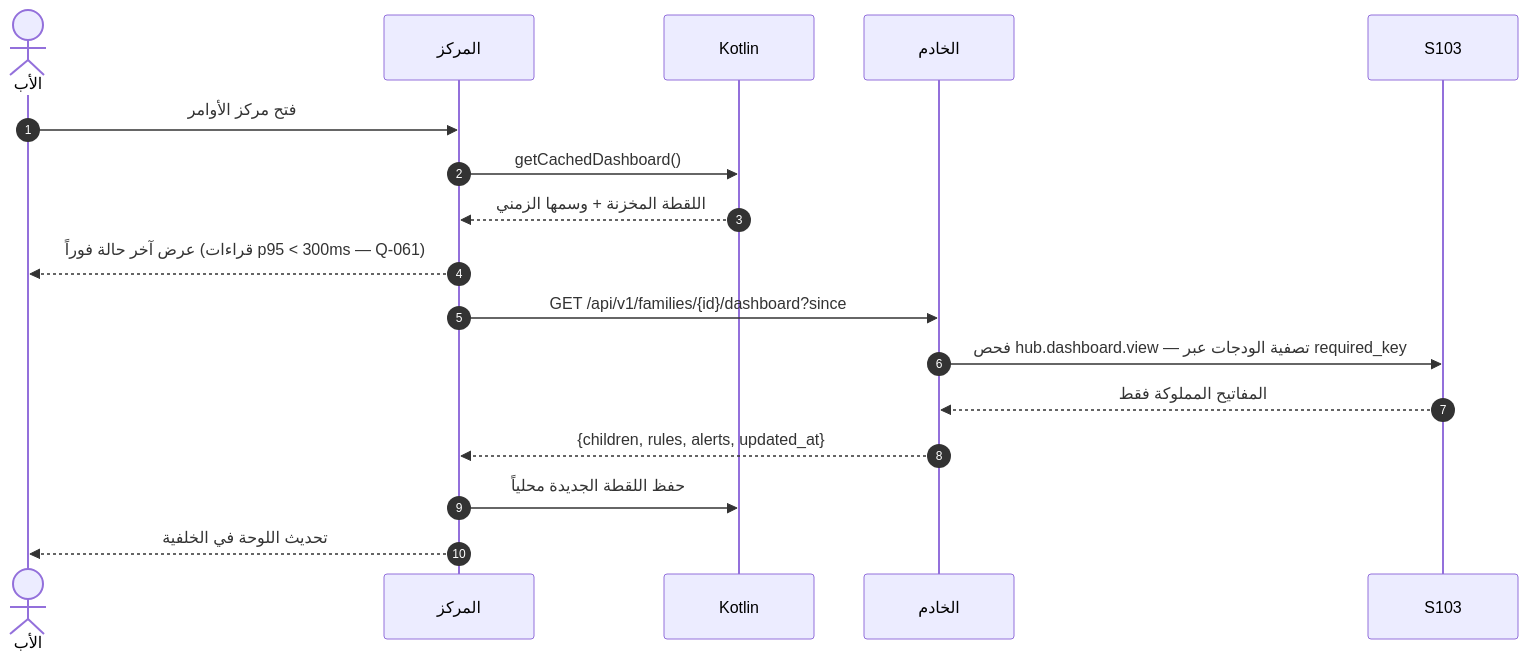
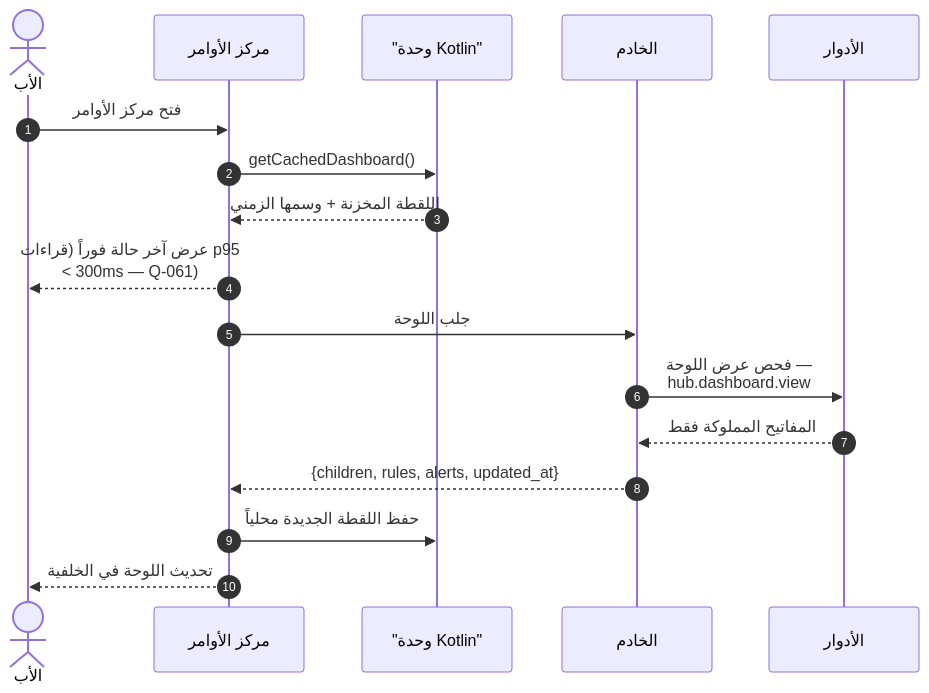
Before and after one commit to Bassam-mohammed-alqaeadi/family-os-v2: the sixth of 33 diagrams in docs/family-os/governance/phases/phase-1/S1-09-command-center-and-settings/DIAGRAMS.md, drawn with Mermaid. The commit also changed other lines of this file, not shown here.

````diff
--- a/docs/family-os/governance/phases/phase-1/S1-09-command-center-and-settings/DIAGRAMS.md
+++ b/docs/family-os/governance/phases/phase-1/S1-09-command-center-and-settings/DIAGRAMS.md
@@ -204,19 +285,20 @@
 ```mermaid
+%%{init: {"sequence": {"wrap": true}}}%%
 sequenceDiagram
     autonumber
     actor Father as الأب
-    participant Hub as المركز
-    participant K as Kotlin
+    participant S109 as مركز الأوامر
+    participant K as "وحدة Kotlin"
     participant Ktor as الخادم
-    participant S103 as S103
-    Father->>Hub: فتح مركز الأوامر
-    Hub->>K: getCachedDashboard()
-    K-->>Hub: اللقطة المخزنة + وسمها الزمني
-    Hub-->>Father: عرض آخر حالة فوراً (قراءات p95 < 300ms — Q-061)
-    Hub->>Ktor: GET /api/v1/families/{id}/dashboard?since
-    Ktor->>S103: فحص hub.dashboard.view — تصفية الودجات عبر required_key
+    participant S103 as الأدوار
+    Father->>S109: فتح مركز الأوامر
+    S109->>K: getCachedDashboard()
+    K-->>S109: اللقطة المخزنة + وسمها الزمني
+    S109-->>Father: عرض آخر حالة فوراً (قراءات p95 < 300ms — Q-061)
+    S109->>Ktor: جلب اللوحة
+    Ktor->>S103: فحص عرض اللوحة — hub.dashboard.view
     S103-->>Ktor: المفاتيح المملوكة فقط
-    Ktor-->>Hub: {children, rules, alerts, updated_at}
-    Hub->>K: حفظ اللقطة الجديدة محلياً
-    Hub-->>Father: تحديث اللوحة في الخلفية
+    Ktor-->>S109: {children, rules, alerts, updated_at}
+    S109->>K: حفظ اللقطة الجديدة محلياً
+    S109-->>Father: تحديث اللوحة في الخلفية
 ```
````
